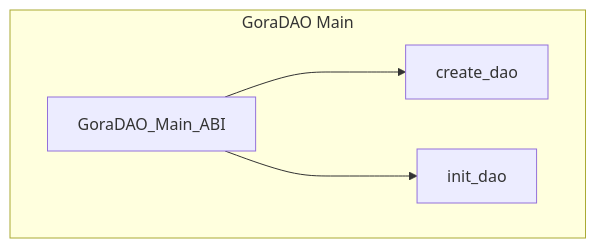
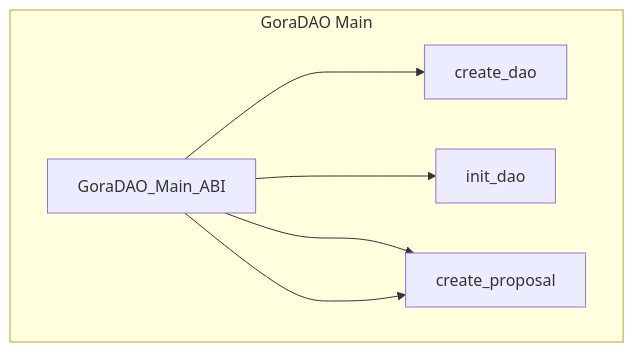
The sixth of 6 diagrams in README.md (GoraNetwork/gora-dao-smartcontracts), drawn with Mermaid before and after one commit. The commit also changed other lines of this file, not shown here.

````diff
--- a/README.md
+++ b/README.md
@@ -197,22 +197,25 @@
 ```mermaid
 
 graph TB
  
       subgraph GoraDAO Main
             GoraDAO_Main[GoraDAO_Main_ABI]
             GoraDAO_Create[create_dao]
             GoraDAO_Init[init_dao]
+            GoraDAO_Create_Proposal[create_proposal]
      
       
         end
       
 
 
       GoraDAO_Main[GoraDAO_Main_ABI] ---> GoraDAO_Create
       GoraDAO_Main[GoraDAO_Main_ABI] ---> GoraDAO_Init
+      GoraDAO_Main[GoraDAO_Main_ABI] ---> GoraDAO_Create_Proposal
+      GoraDAO_Main[GoraDAO_Main_ABI] ---> GoraDAO_Create_Proposal
 
 
   
 
 
 ```
````
